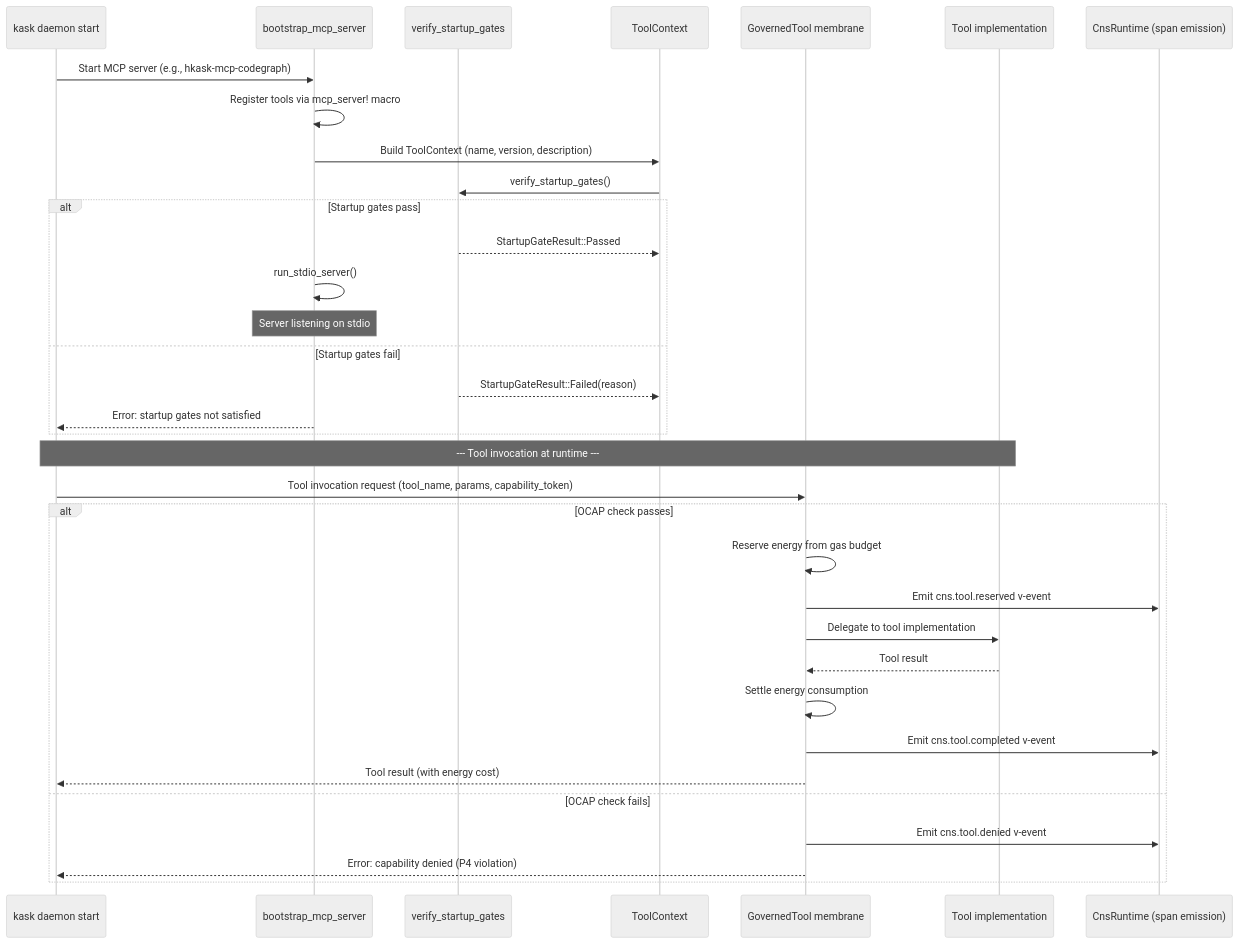
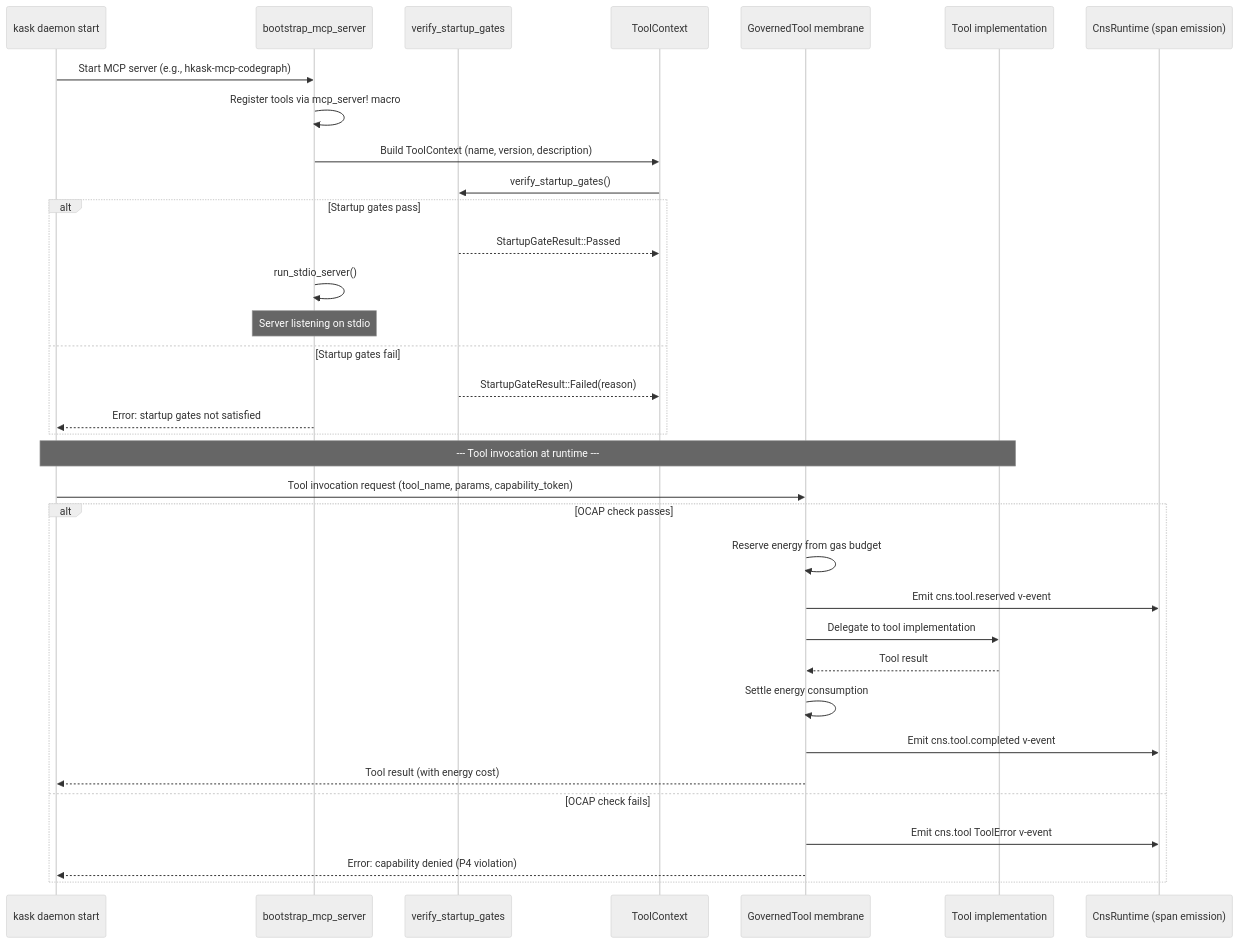
Before and after one commit to mdz-axo/hKask: diagram 15 of 15 in docs/explanation/architecture-patterns.md, drawn with Mermaid (neutral theme). The commit also changed other lines of this file and 7 other files, not shown here.

````diff
--- a/docs/explanation/architecture-patterns.md
+++ b/docs/explanation/architecture-patterns.md
@@ -2175,41 +2175,41 @@
 ```mermaid
 sequenceDiagram
     participant CLI as kask daemon start
     participant BOOT as bootstrap_mcp_server
     participant GATES as verify_startup_gates
     participant CTX as ToolContext
     participant OCAP as GovernedTool membrane
     participant TOOL as Tool implementation
     participant CNS as CnsRuntime (span emission)
 
     CLI->>BOOT: Start MCP server (e.g., hkask-mcp-codegraph)
     BOOT->>BOOT: Register tools via mcp_server! macro
     BOOT->>CTX: Build ToolContext (name, version, description)
     CTX->>GATES: verify_startup_gates()
     
     alt Startup gates pass
         GATES-->>CTX: StartupGateResult::Passed
         BOOT->>BOOT: run_stdio_server()
         Note over BOOT: Server listening on stdio
     else Startup gates fail
         GATES-->>CTX: StartupGateResult::Failed(reason)
         BOOT-->>CLI: Error: startup gates not satisfied
     end
 
     Note over CLI,TOOL: --- Tool invocation at runtime ---
 
     CLI->>OCAP: Tool invocation request (tool_name, params, capability_token)
     
     alt OCAP check passes
         OCAP->>OCAP: Reserve energy from gas budget
         OCAP->>CNS: Emit cns.tool.reserved ν-event
         OCAP->>TOOL: Delegate to tool implementation
         TOOL-->>OCAP: Tool result
         OCAP->>OCAP: Settle energy consumption
         OCAP->>CNS: Emit cns.tool.completed ν-event
         OCAP-->>CLI: Tool result (with energy cost)
     else OCAP check fails
-        OCAP->>CNS: Emit cns.tool.denied ν-event
+        OCAP->>CNS: Emit cns.tool ToolError ν-event
         OCAP-->>CLI: Error: capability denied (P4 violation)
     end
 ```
````
